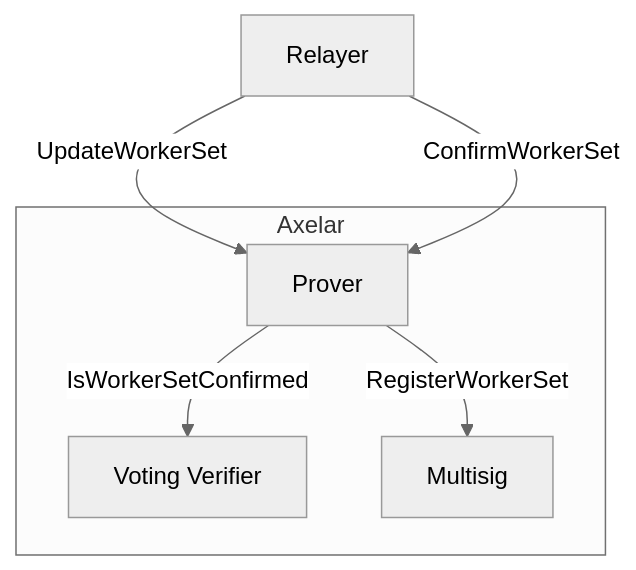
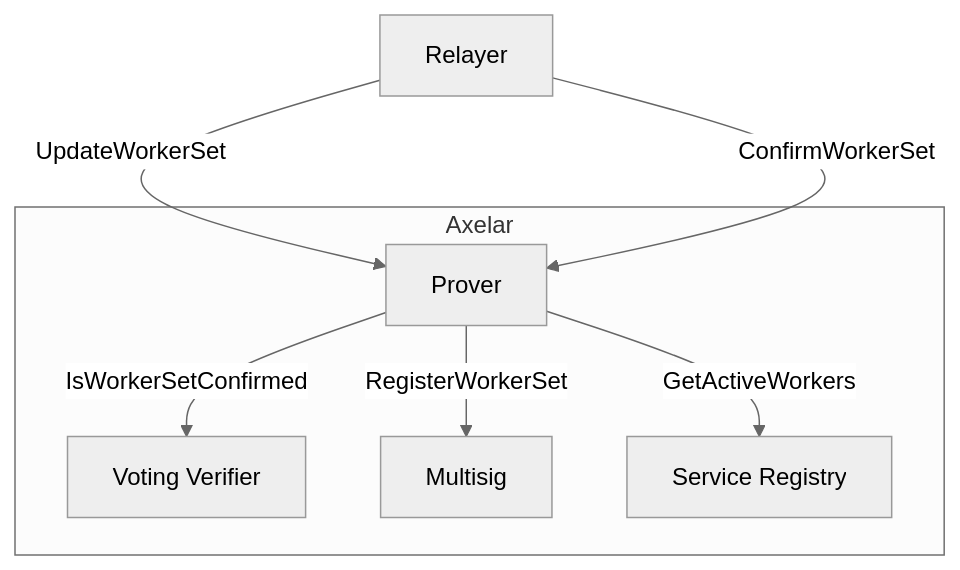
One commit to axelarnetwork/axelar-amplifier changed the third of 4 diagrams in doc/src/contracts/multisig_prover.md. Above: the diagram before and after it, drawn with Mermaid (neutral theme). The commit also changed other lines of this file, not shown here.

Commit message:
Add Service Registry to Multisig Prover docs

````diff
--- a/doc/src/contracts/multisig_prover.md
+++ b/doc/src/contracts/multisig_prover.md
@@ -131,15 +131,17 @@
 ```mermaid
 graph TD
 
 r[Relayer]
 subgraph Axelar
 b[Prover]
 v[Voting Verifier]
 m[Multisig]
+s[Service Registry]
 end
 
 r--UpdateWorkerSet-->b
+b--GetActiveWorkers-->s
 b--RegisterWorkerSet-->m
 r--ConfirmWorkerSet-->b
 b--IsWorkerSetConfirmed-->v
 ```
````
